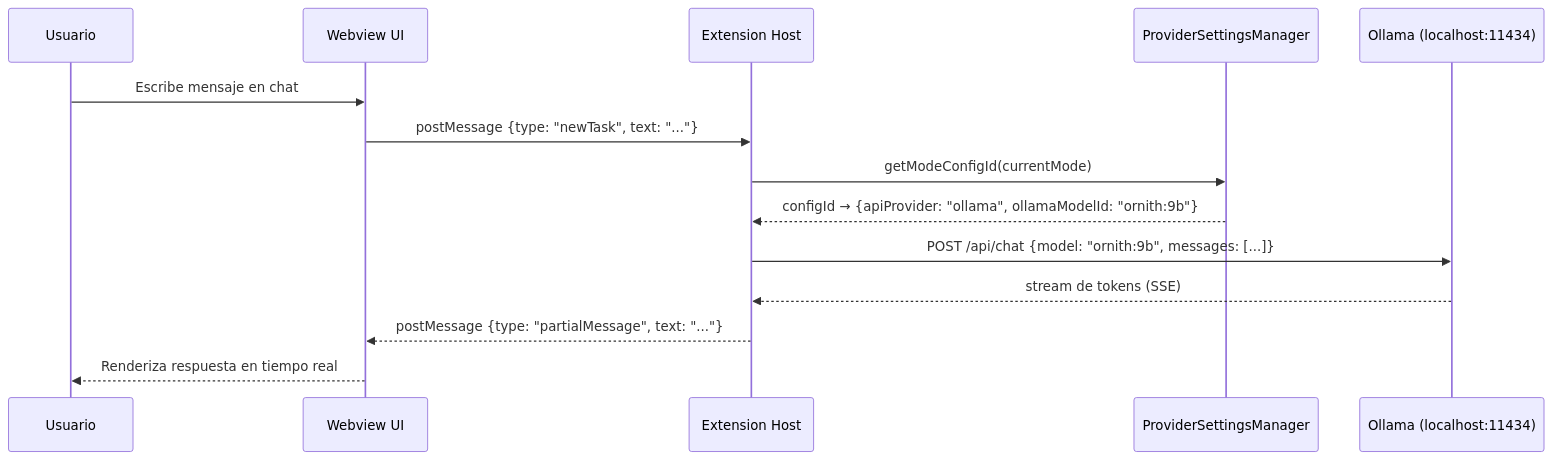
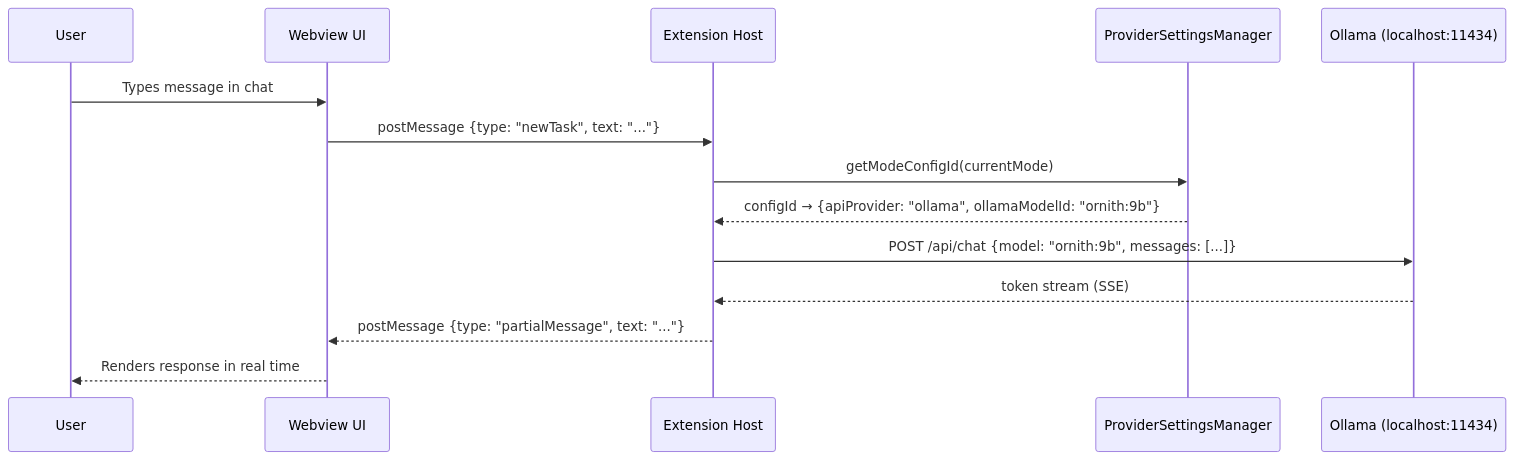
Before and after one commit to Danelaton/trinit: the second of 3 diagrams in dev/docs/01-architecture.md, drawn with Mermaid. The commit also changed other lines of this file and 8 other files, not shown here.

````diff
--- a/dev/docs/01-architecture.md
+++ b/dev/docs/01-architecture.md
@@ -109,17 +109,17 @@
 ```mermaid
 sequenceDiagram
-    participant U as Usuario
+    participant U as User
     participant WV as Webview UI
     participant EXT as Extension Host
     participant PSM as ProviderSettingsManager
     participant OL as Ollama (localhost:11434)
 
-    U->>WV: Escribe mensaje en chat
+    U->>WV: Types message in chat
     WV->>EXT: postMessage {type: "newTask", text: "..."}
     EXT->>PSM: getModeConfigId(currentMode)
     PSM-->>EXT: configId → {apiProvider: "ollama", ollamaModelId: "ornith:9b"}
     EXT->>OL: POST /api/chat {model: "ornith:9b", messages: [...]}
-    OL-->>EXT: stream de tokens (SSE)
+    OL-->>EXT: token stream (SSE)
     EXT-->>WV: postMessage {type: "partialMessage", text: "..."}
-    WV-->>U: Renderiza respuesta en tiempo real
+    WV-->>U: Renders response in real time
 ```
````
